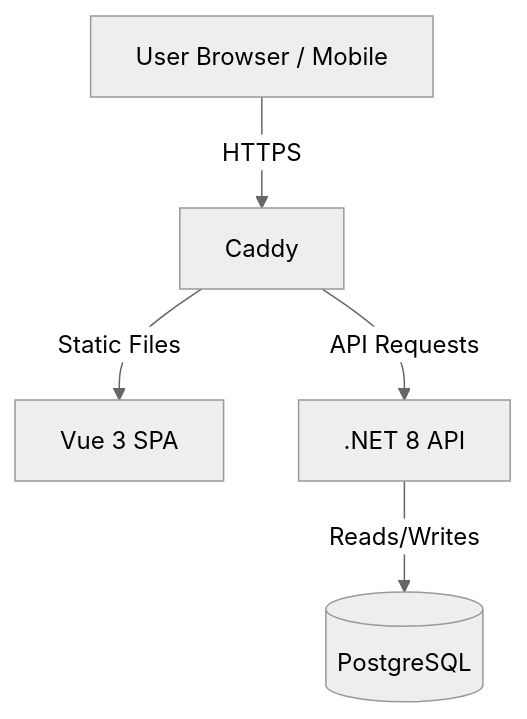
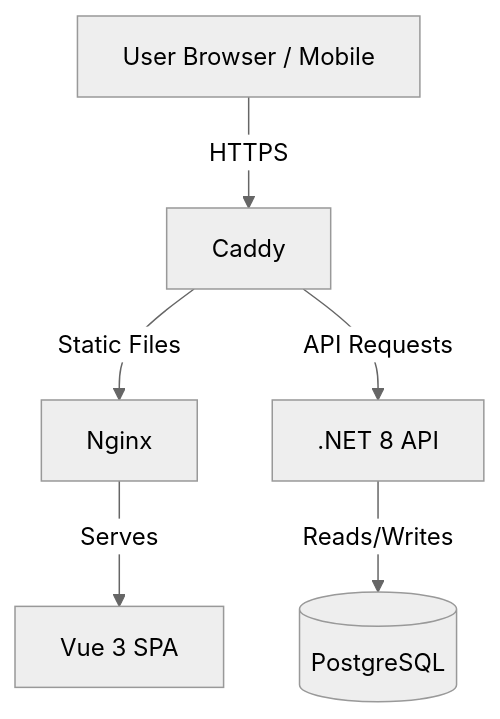
One commit to MarviXs/ASOS-QRCodes changed the first of 3 diagrams in README.md. Above: the diagram before and after it, drawn with Mermaid (neutral theme).

Commit message:
chore: update architecture diagram in README

````diff
--- a/README.md
+++ b/README.md
@@ -59,7 +59,8 @@
 ```mermaid
 graph TD
     Client[User Browser / Mobile] -->|HTTPS| ReverseProxy[Caddy]
-    ReverseProxy -->|Static Files| Frontend[Vue 3 SPA]
+    ReverseProxy -->|Static Files| Nginx[Nginx]
+    Nginx -->|Serves| Frontend[Vue 3 SPA]
     ReverseProxy -->|API Requests| Backend[.NET 8 API]
     Backend -->|Reads/Writes| DB[(PostgreSQL)]
 ```
````
